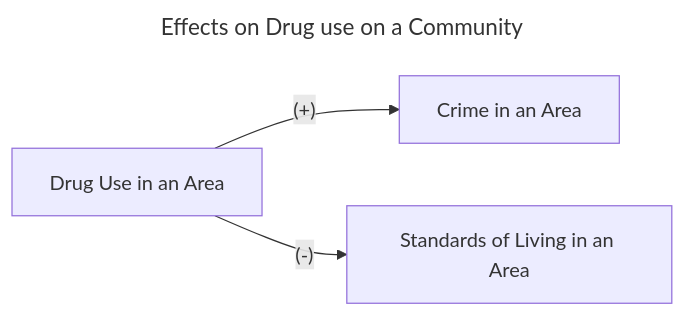
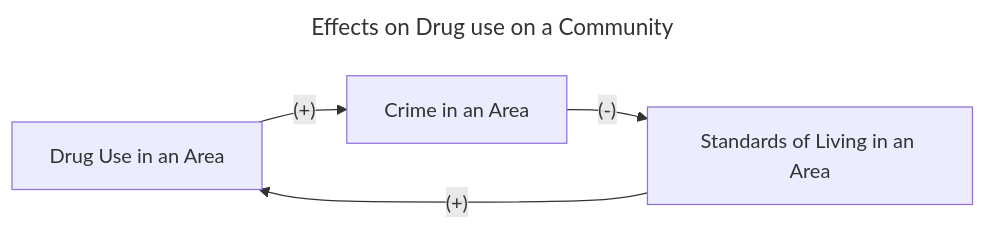
Before and after one commit to ecn310/course-project-zipcentercrime: the fifth of 5 diagrams in Lit_Review/PaperSummaries.md, drawn with Mermaid.

````diff
--- a/Lit_Review/PaperSummaries.md
+++ b/Lit_Review/PaperSummaries.md
@@ -91,8 +91,8 @@
 ```mermaid
 ---
 title: Effects on Drug use on a Community
 ---
 flowchart LR
 A["Drug Use in an Area"] --(#43;)--> B["Crime in an Area"]
-A --(#45;)--> C["Standards of Living in an Area"] 
+B --(#45;)--> C["Standards of Living in an Area"] --(#43;)--> A
 ```
````
